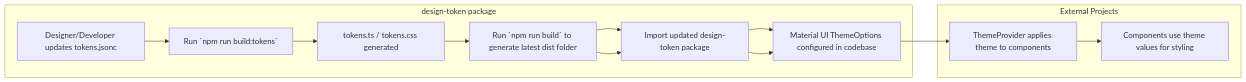
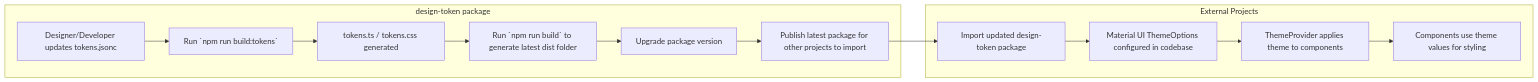
The diagram in README.md (brandonhlk/design-tokens), drawn with Mermaid before and after one commit.

Commit message:
chore: fix flowchart in readme

````diff
--- a/README.md
+++ b/README.md
@@ -86,16 +86,16 @@
 ```mermaid
 flowchart LR
   subgraph design-token package
     A[Designer/Developer updates tokens.jsonc] --> B[Run `npm run build:tokens`]
     B --> C[tokens.ts / tokens.css generated]
     C --> D[Run `npm run build` to generate latest dist folder]
     D --> E[Upgrade package version]
     E --> F[Publish latest package for other projects to import]
   end
   subgraph External Projects
-    D --> E[Import updated design-token package]
-    E --> F[Material UI ThemeOptions configured in codebase]
-    F --> G[ThemeProvider applies theme to components]
-    G --> H[Components use theme values for styling]
+    F --> G[Import updated design-token package]
+    G --> H[Material UI ThemeOptions configured in codebase]
+    H --> I[ThemeProvider applies theme to components]
+    I --> J[Components use theme values for styling]
   end
 ```
````
